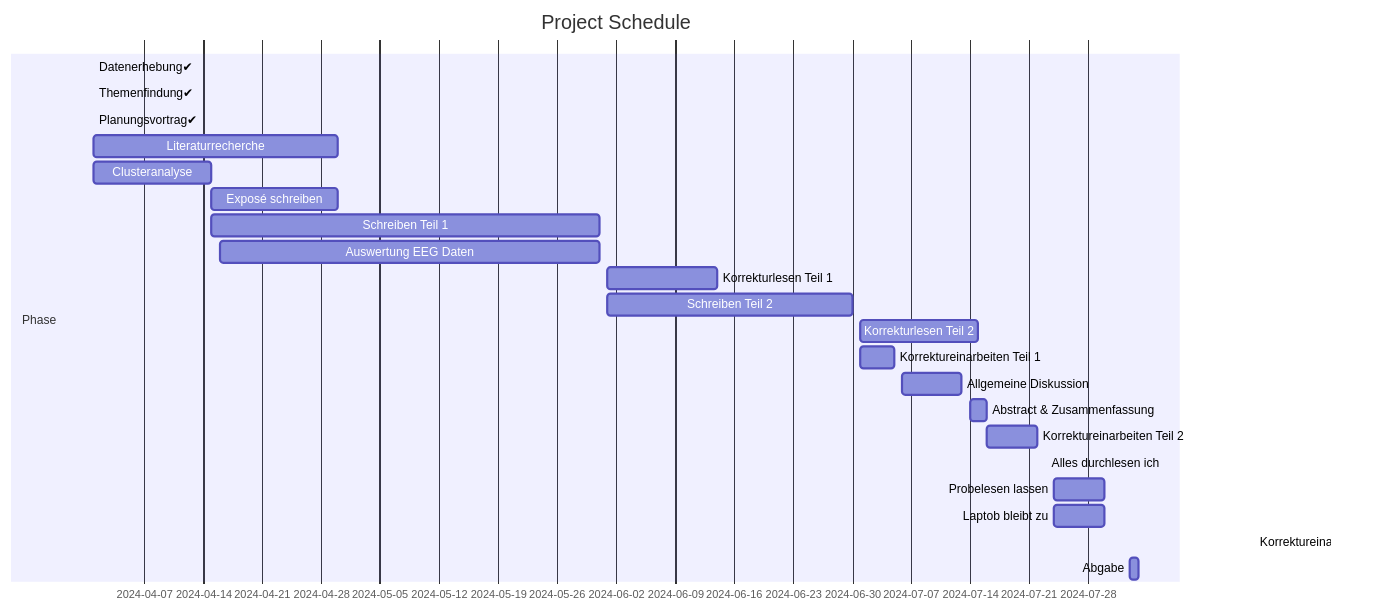
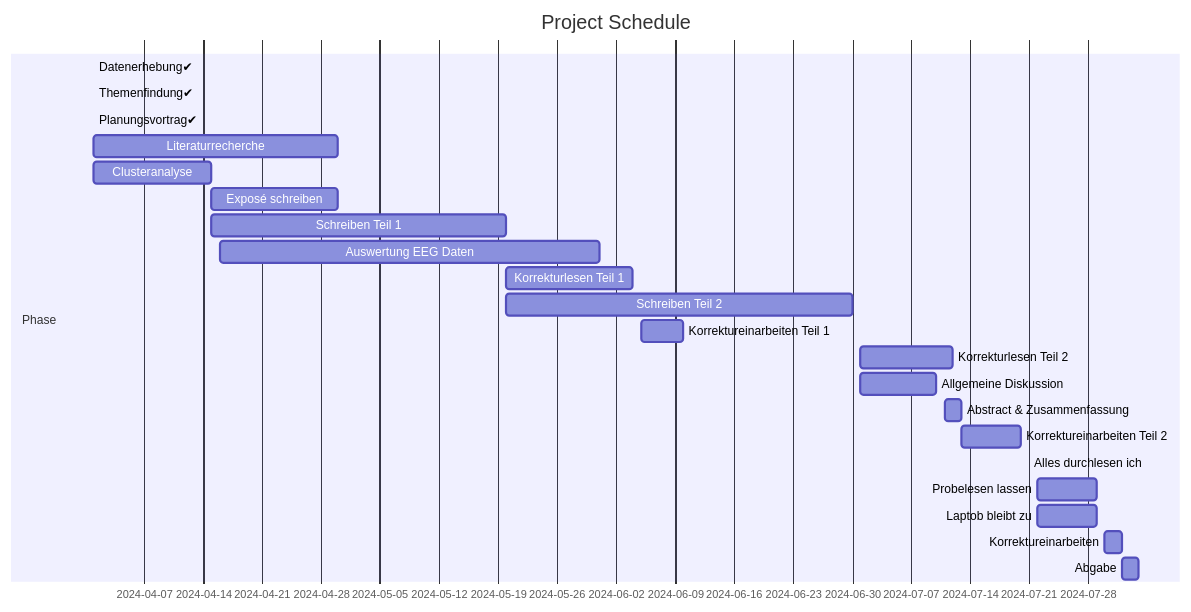
The diagram in README.md (JankaMarlene/masters_thesis), drawn with Mermaid before and after one commit.

````diff
--- a/README.md
+++ b/README.md
@@ -8,27 +8,27 @@
 ```mermaid
 gantt
     title Project Schedule
     dateFormat YYYY-MM-DD
 
     section Phase
     Datenerhebung✔            : 2024-04-01, 2024-04-01
     Themenfindung✔            : 2024-04-01, 2024-04-01
     Planungsvortrag✔          : 2024-04-01, 2024-04-01
     Literaturrecherche         : 2024-04-01, 2024-04-30
     Clusteranalyse             : 2024-04-01, 2024-04-15
     Exposé schreiben           : 2024-04-15, 2024-04-30
-    Schreiben Teil 1           : 2024-04-15, 2024-05-31
+    Schreiben Teil 1           : 2024-04-15, 2024-05-20
     Auswertung EEG Daten       : 2024-04-16, 2024-05-31
-    Korrekturlesen Teil 1      : 2024-06-01, 2024-06-14
-    Schreiben Teil 2           : 2024-06-01, 2024-06-30
-    Korrekturlesen Teil 2      : 2024-07-01, 2024-07-15
-    Korrektureinarbeiten Teil 1 : 2024-07-01, 2024-07-05
-    Allgemeine Diskussion      : 2024-07-06, 2024-07-13
-    Abstract & Zusammenfassung : 2024-07-14, 2024-07-16
-    Korrektureinarbeiten Teil 2 : 2024-07-16, 2024-07-22
-    Alles durchlesen ich       : 2024-07-23, 2024-07-23
-    Probelesen lassen          : 2024-07-24, 2024-07-30
-    Laptob bleibt zu           : 2024-07-24, 2024-07-30
-    Korrektureinarbeiten       : 2024-08-31, 2024-08-01           
-    Abgabe                     : 2024-08-02, 2024-08-03
+    Korrekturlesen Teil 1      : 2024-05-20, 2024-06-04
+    Schreiben Teil 2           : 2024-05-20, 2024-06-30
+    Korrektureinarbeiten Teil 1 : 2024-06-05, 2024-06-10
+    Korrekturlesen Teil 2      : 2024-07-01, 2024-07-12
+    Allgemeine Diskussion      : 2024-07-01, 2024-07-10
+    Abstract & Zusammenfassung : 2024-07-11, 2024-07-13
+    Korrektureinarbeiten Teil 2 : 2024-07-13, 2024-07-20
+    Alles durchlesen ich       : 2024-07-21, 2024-07-21
+    Probelesen lassen          : 2024-07-22, 2024-07-29
+    Laptob bleibt zu           : 2024-07-22, 2024-07-29
+    Korrektureinarbeiten       : 2024-07-30, 2024-08-01           
+    Abgabe                     : 2024-08-01, 2024-08-03
 ```
````
